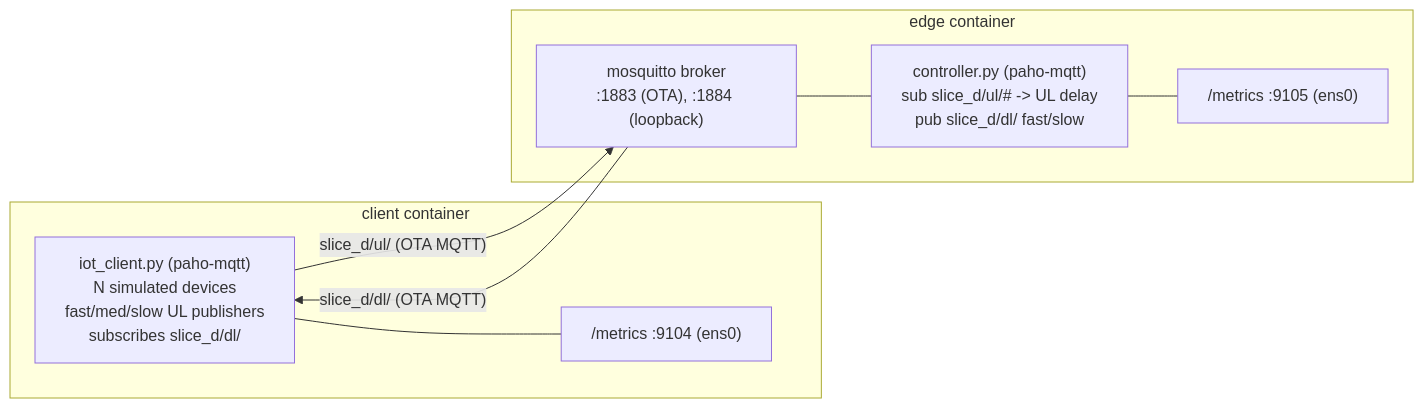
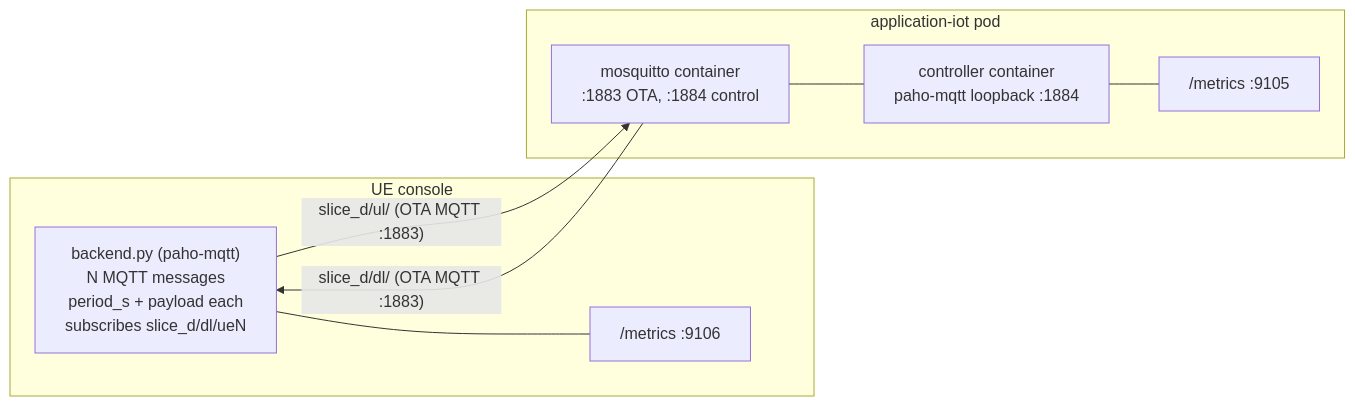
One commit to FCCLab/INA-Infra changed the diagram in applications/iot/README.md. Above: the diagram before and after it, drawn with Mermaid. The commit also changed other lines of this file and 145 other files, not shown here.

Commit message:
enhance console UI, improve metrics tracking, and update HLS streaming configurations

````diff
--- a/applications/iot/README.md
+++ b/applications/iot/README.md
@@ -16,17 +16,17 @@
 ```mermaid
 flowchart LR
-  subgraph client [client container]
-    C["iot_client.py (paho-mqtt)\nN simulated devices\nfast/med/slow UL publishers\nsubscribes slice_d/dl/<dev>"]
-    CM["/metrics :9104 (ens0)"]
+  subgraph client [UE console]
+    C["backend.py (paho-mqtt)\nN MQTT messages\nperiod_s + payload each\nsubscribes slice_d/dl/ueN"]
+    CM["/metrics :9106"]
     C --- CM
   end
-  subgraph edge [edge container]
-    B["mosquitto broker\n:1883 (OTA), :1884 (loopback)"]
-    K["controller.py (paho-mqtt)\nsub slice_d/ul/#  -> UL delay\npub slice_d/dl/<dev>  fast/slow"]
-    EM["/metrics :9105 (ens0)"]
+  subgraph server [application-iot pod]
+    B["mosquitto container\n:1883 OTA, :1884 control"]
+    K["controller container\npaho-mqtt loopback :1884"]
+    EM["/metrics :9105"]
     B --- K
     K --- EM
   end
-  C -- "slice_d/ul/<dev> (OTA MQTT)" --> B
-  B -- "slice_d/dl/<dev> (OTA MQTT)" --> C
+  C -- "slice_d/ul/<ue> (OTA MQTT :1883)" --> B
+  B -- "slice_d/dl/<ue> (OTA MQTT :1883)" --> C
 ```
````
